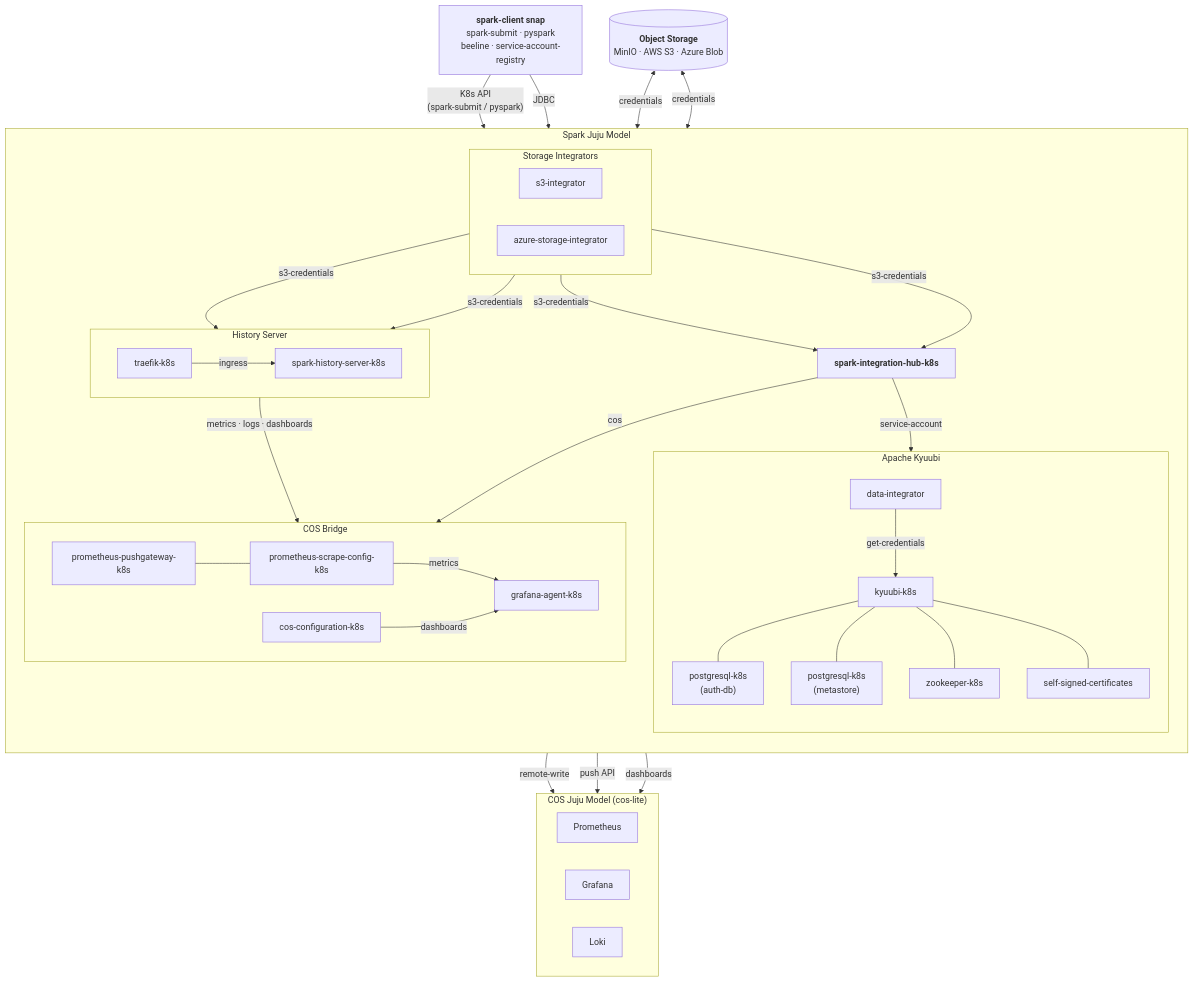
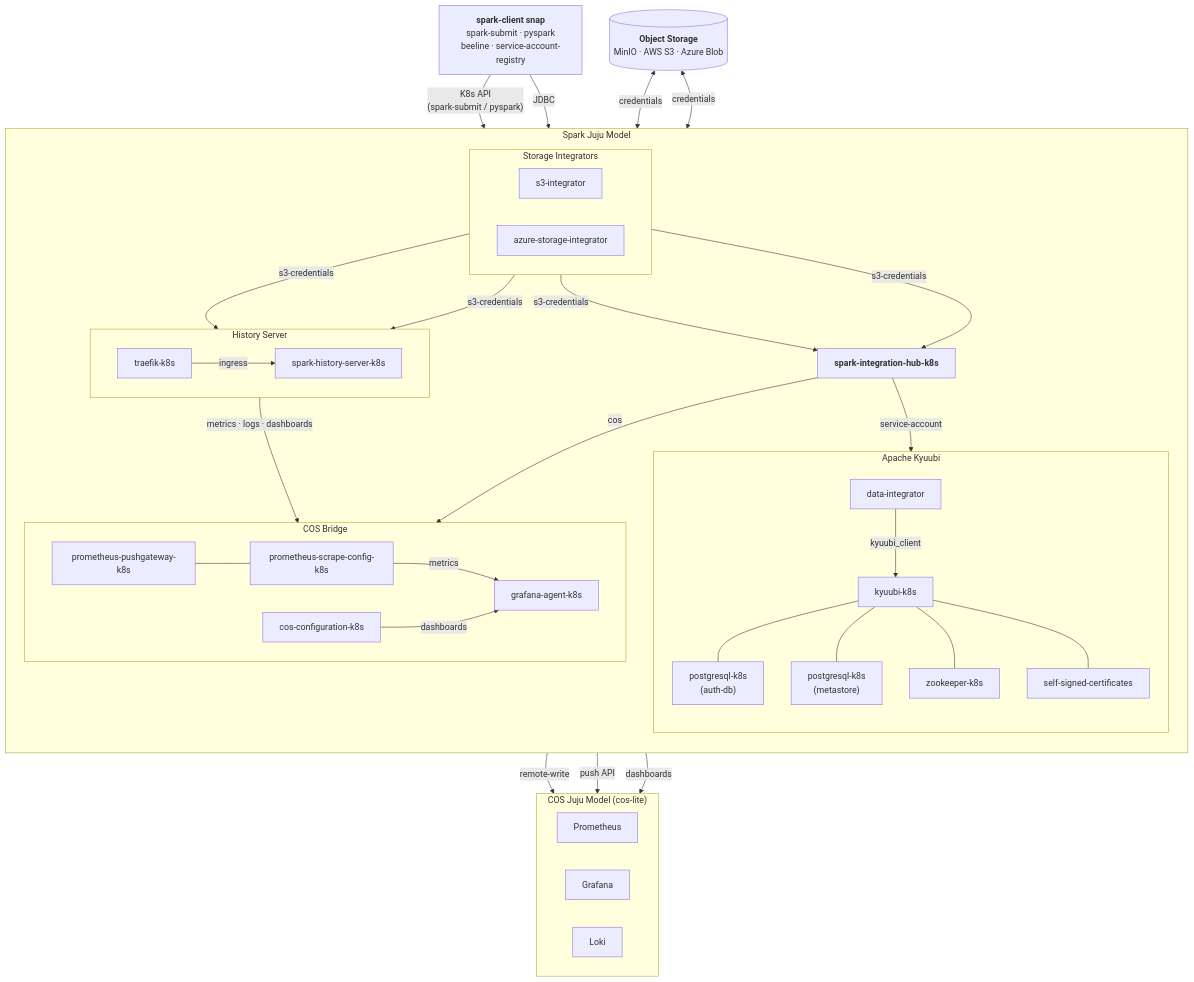
The diagram in docs/explanation/component-overview.md (canonical/spark-k8s-bundle), drawn with Mermaid before and after one commit. The commit also changed other lines of this file, not shown here.

````diff
--- a/docs/explanation/component-overview.md
+++ b/docs/explanation/component-overview.md
@@ -83,68 +83,68 @@
 ```{mermaid}
 flowchart TB
     client["<b>spark-client snap</b><br>spark-submit · pyspark<br>beeline · service-account-registry"]
     backend[("<b>Object Storage</b><br>MinIO · AWS S3 · Azure Blob")]
 
     subgraph spark-model["Spark Juju Model"]
         direction TB
 
         hub["<b>spark-integration-hub-k8s</b>"]
 
         subgraph integrators["Storage Integrators"]
             direction LR
             s3int["s3-integrator"]
             azint["azure-storage-integrator"]
         end
 
         subgraph hist-grp["History Server"]
             direction LR
             hs["spark-history-server-k8s"]
             traefik["traefik-k8s"]
         end
 
         subgraph kyu-grp["Apache Kyuubi"]
             direction TB
             kyuubi["kyuubi-k8s"]
             authdb["postgresql-k8s<br>(auth-db)"]
             metadb["postgresql-k8s<br>(metastore)"]
             zk["zookeeper-k8s"]
             tls["self-signed-certificates"]
             di["data-integrator"]
         end
 
         subgraph cos-bridge["COS Bridge"]
             direction LR
             pgw["prometheus-pushgateway-k8s"]
             scrape["prometheus-scrape-config-k8s"]
             agent["grafana-agent-k8s"]
             cosconf["cos-configuration-k8s"]
         end
     end
 
     subgraph cos-model["COS Juju Model (cos-lite)"]
         direction LR
         prom["Prometheus"]
         graf["Grafana"]
         loki_n["Loki"]
     end
 
     client -->|"K8s API<br>(spark-submit / pyspark)"| hub
     client -->|"JDBC"| kyuubi
     backend <-->|credentials| s3int & azint
     s3int & azint -->|s3-credentials| hub
     s3int & azint -->|s3-credentials| hs
     hub -->|service-account| kyuubi
     hub -->|cos| pgw
     traefik -->|ingress| hs
     kyuubi --- authdb
     kyuubi --- metadb
     kyuubi --- zk
     kyuubi --- tls
-    di -->|get-credentials| kyuubi
+    di -->| kyuubi_client | kyuubi
     hs -->|metrics · logs · dashboards| agent
     pgw --- scrape -->|metrics| agent
     cosconf -->|dashboards| agent
     agent -->|remote-write| prom
     agent -->|push API| loki_n
     agent -->|dashboards| graf
 ```
````
